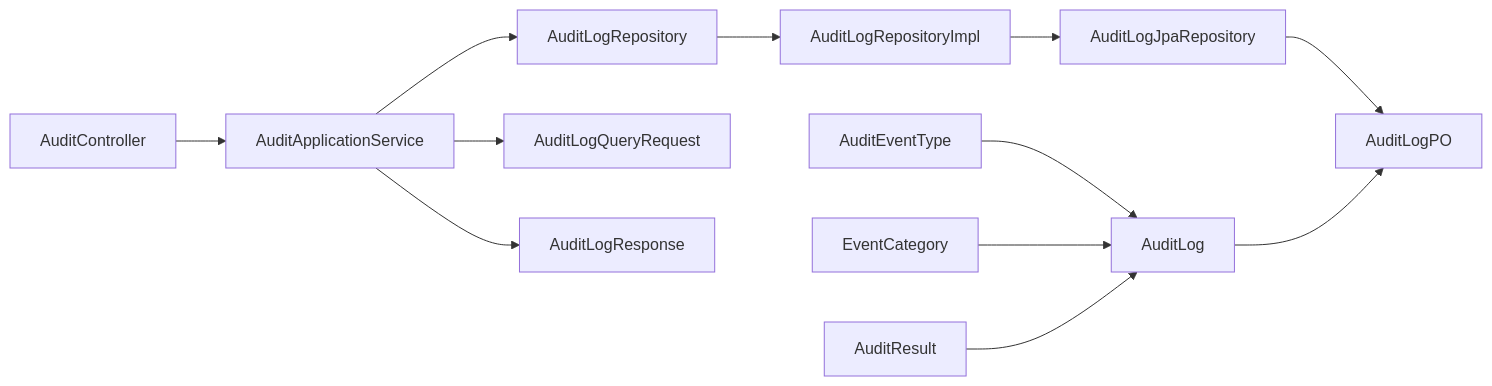
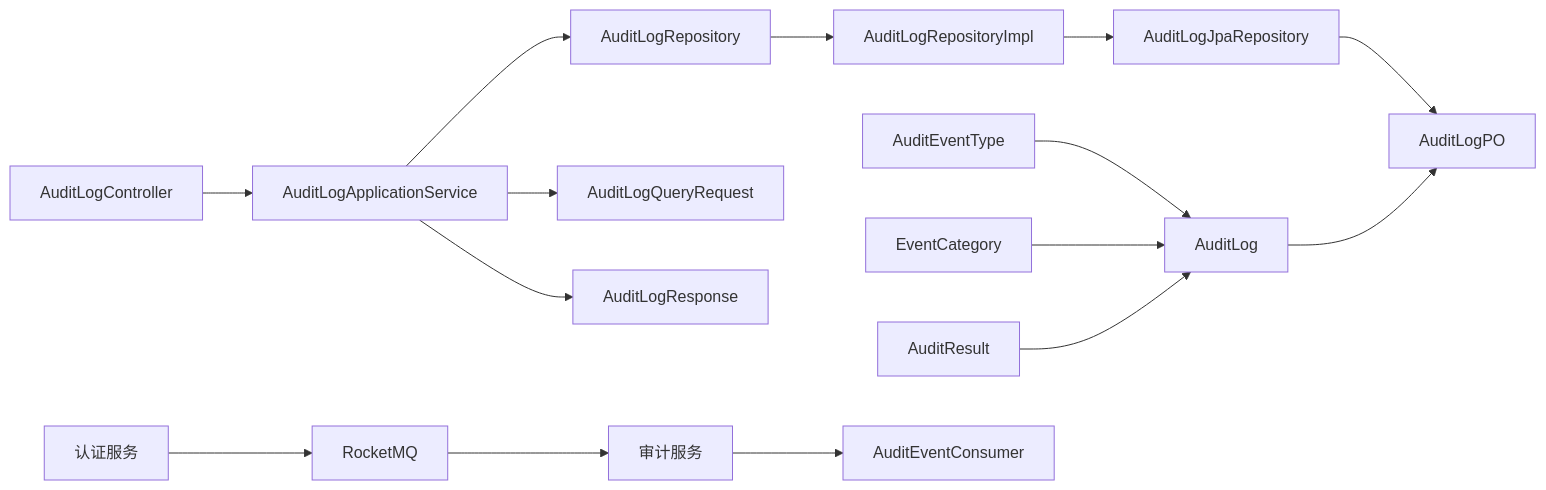
The seventh of 9 diagrams in .qoder/repowiki/zh/content/数据库设计/数据库架构/审计日志表.md (fq0121104930716/iam-platform), drawn with Mermaid before and after one commit. The commit also changed other lines of this file and 219 other files, not shown here.

````diff
--- a/.qoder/repowiki/zh/content/数据库设计/数据库架构/审计日志表.md
+++ b/.qoder/repowiki/zh/content/数据库设计/数据库架构/审计日志表.md
@@ -334,14 +379,17 @@
 ```mermaid
 graph LR
-Ctrl["AuditController"] --> Svc["AuditApplicationService"]
+Ctrl["AuditLogController"] --> Svc["AuditLogApplicationService"]
 Svc --> RepoI["AuditLogRepository"]
 RepoI --> Impl["AuditLogRepositoryImpl"]
 Impl --> JRepo["AuditLogJpaRepository"]
 JRepo --> PO["AuditLogPO"]
 Svc --> Req["AuditLogQueryRequest"]
 Svc --> Res["AuditLogResponse"]
 Entity["AuditLog"] --> PO
 EnumE["AuditEventType"] --> Entity
 EnumC["EventCategory"] --> Entity
 EnumR["AuditResult"] --> Entity
+AuthSvc["认证服务"] --> MQ["RocketMQ"]
+MQ --> AuditSvc["审计服务"]
+AuditSvc --> Consumer["AuditEventConsumer"]
 ```
````
